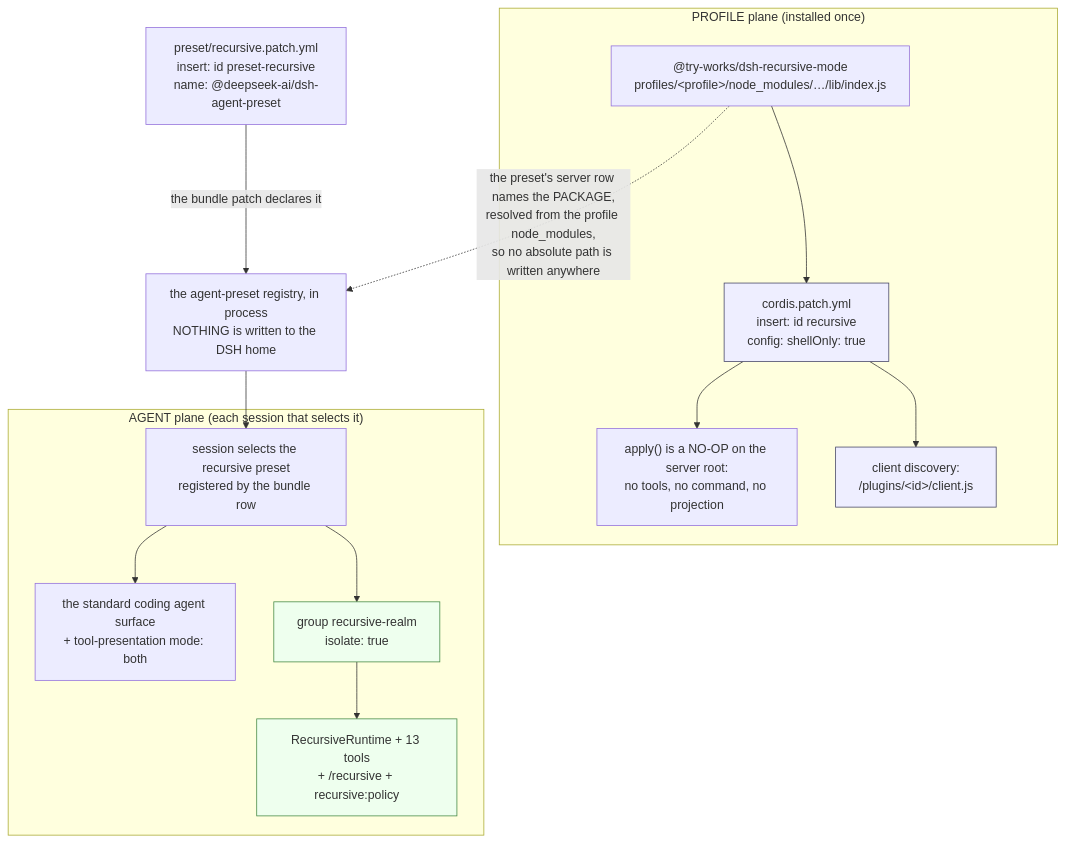
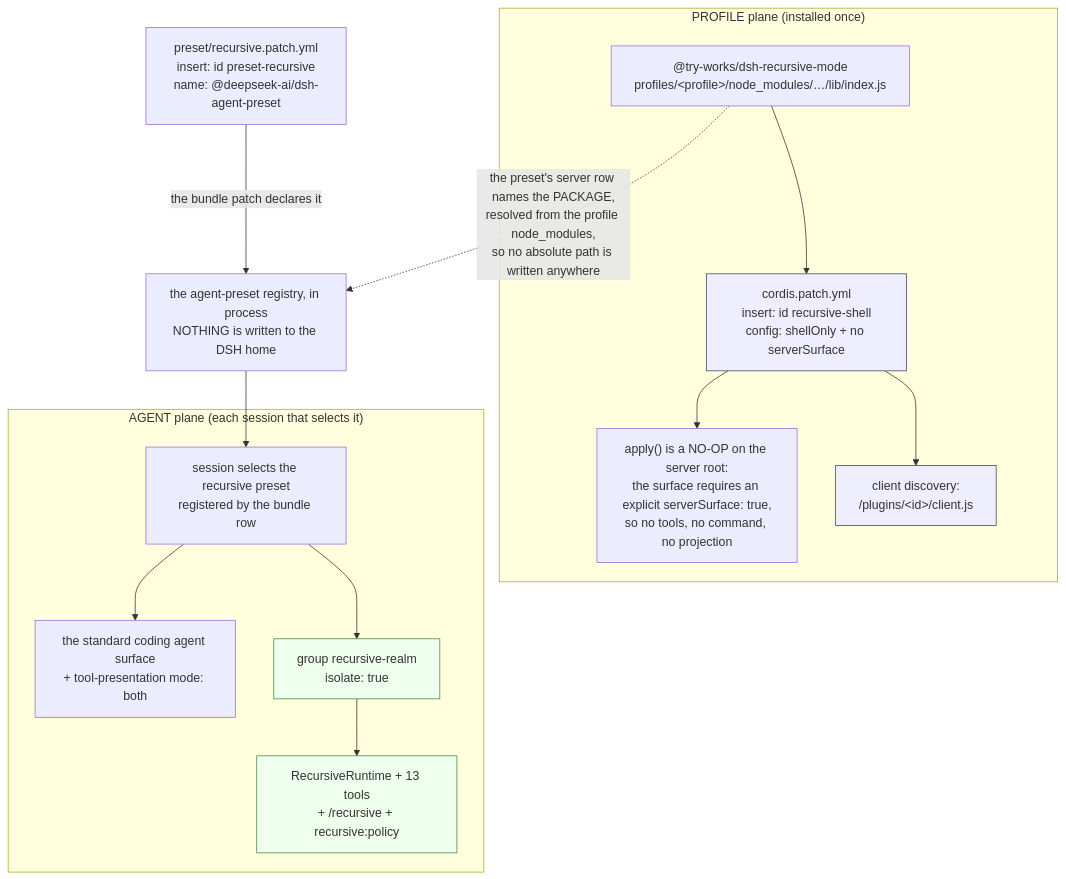
The ninth of 9 diagrams in README.md (try-works/dsh-recursive-mode), drawn with Mermaid before and after one commit. The commit also changed other lines of this file and 22 other files, not shown here.

````diff
--- a/README.md
+++ b/README.md
@@ -758,32 +758,32 @@
 ```mermaid
 flowchart TB
     subgraph profilePlane["PROFILE plane (installed once)"]
         PKG["@try-works/dsh-recursive-mode<br/>profiles/&lt;profile&gt;/node_modules/…/lib/index.js"]
-        SHELL["cordis.patch.yml<br/>insert: id recursive<br/>config: shellOnly: true"]
-        NOOP["apply() is a NO-OP on the server root:<br/>no tools, no command, no projection"]
+        SHELL["cordis.patch.yml<br/>insert: id recursive-shell<br/>config: shellOnly + no serverSurface"]
+        NOOP["apply() is a NO-OP on the server root:<br/>the surface requires an explicit serverSurface: true,<br/>so no tools, no command, no projection"]
         CLIENT["client discovery:<br/>/plugins/&lt;id&gt;/client.js"]
         PKG --> SHELL --> NOOP
         SHELL --> CLIENT
     end
 
     INSTALL["preset/recursive.patch.yml<br/>insert: id preset-recursive<br/>name: @deepseek-ai/dsh-agent-preset"]
     HOME["the agent-preset registry, in process<br/>NOTHING is written to the DSH home"]
     INSTALL -->|"the bundle patch declares it"| HOME
     PKG -.->|"the preset's server row names the PACKAGE,<br/>resolved from the profile node_modules,<br/>so no absolute path is written anywhere"| HOME
 
     subgraph agentPlane["AGENT plane (each session that selects it)"]
         SEL["session selects the recursive preset<br/>registered by the bundle row"]
         STD["the standard coding agent surface<br/>+ tool-presentation mode: both"]
         REALM["group recursive-realm<br/>isolate: true"]
         SURF["RecursiveRuntime + 13 tools<br/>+ /recursive + recursive:policy"]
         SEL --> STD
         SEL --> REALM --> SURF
     end
 
     HOME --> SEL
 
     classDef shell fill:#eef,stroke:#446
     class SHELL,CLIENT shell
     classDef isolated fill:#efe,stroke:#484
     class REALM,SURF isolated
 ```
````
